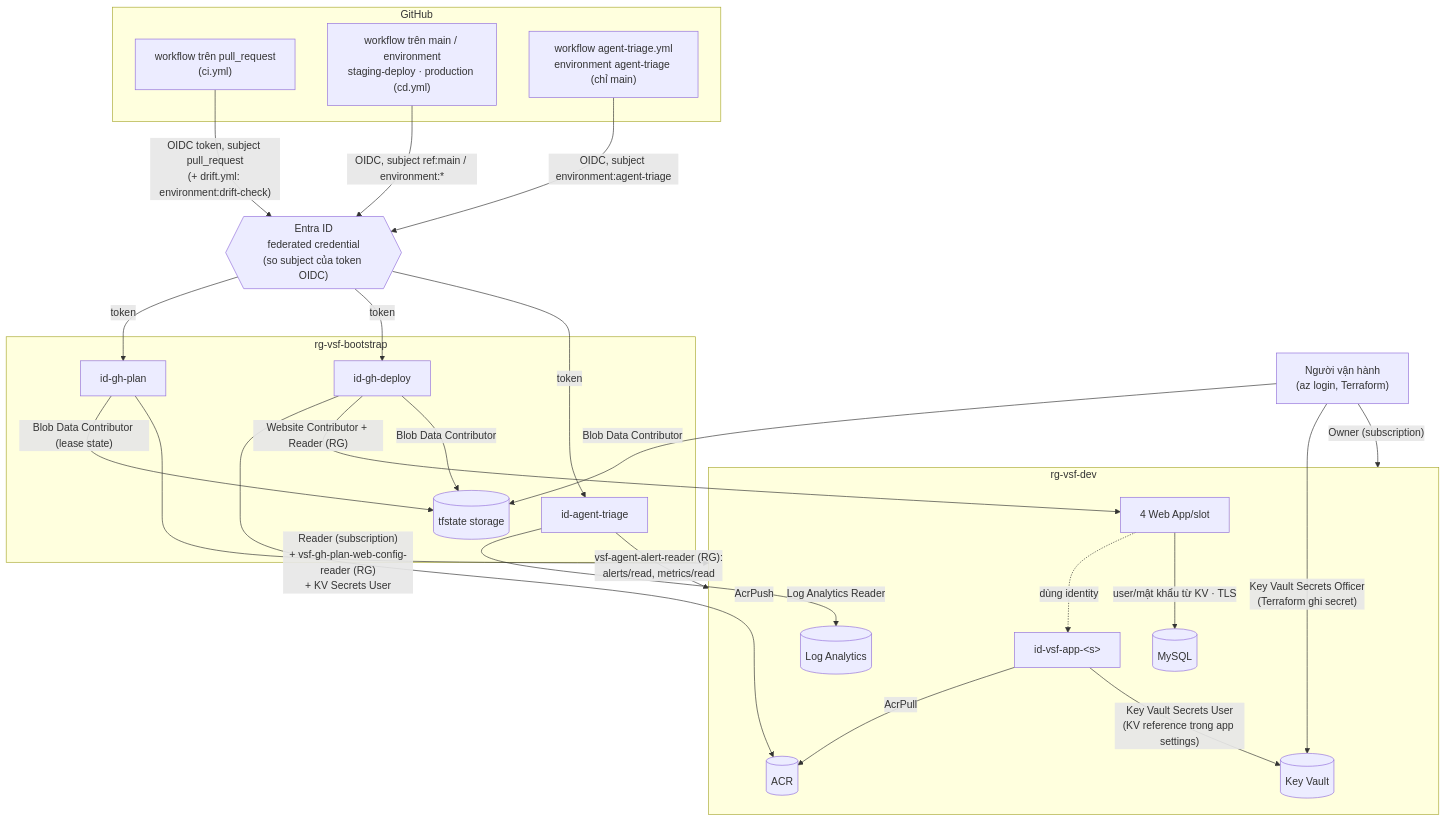
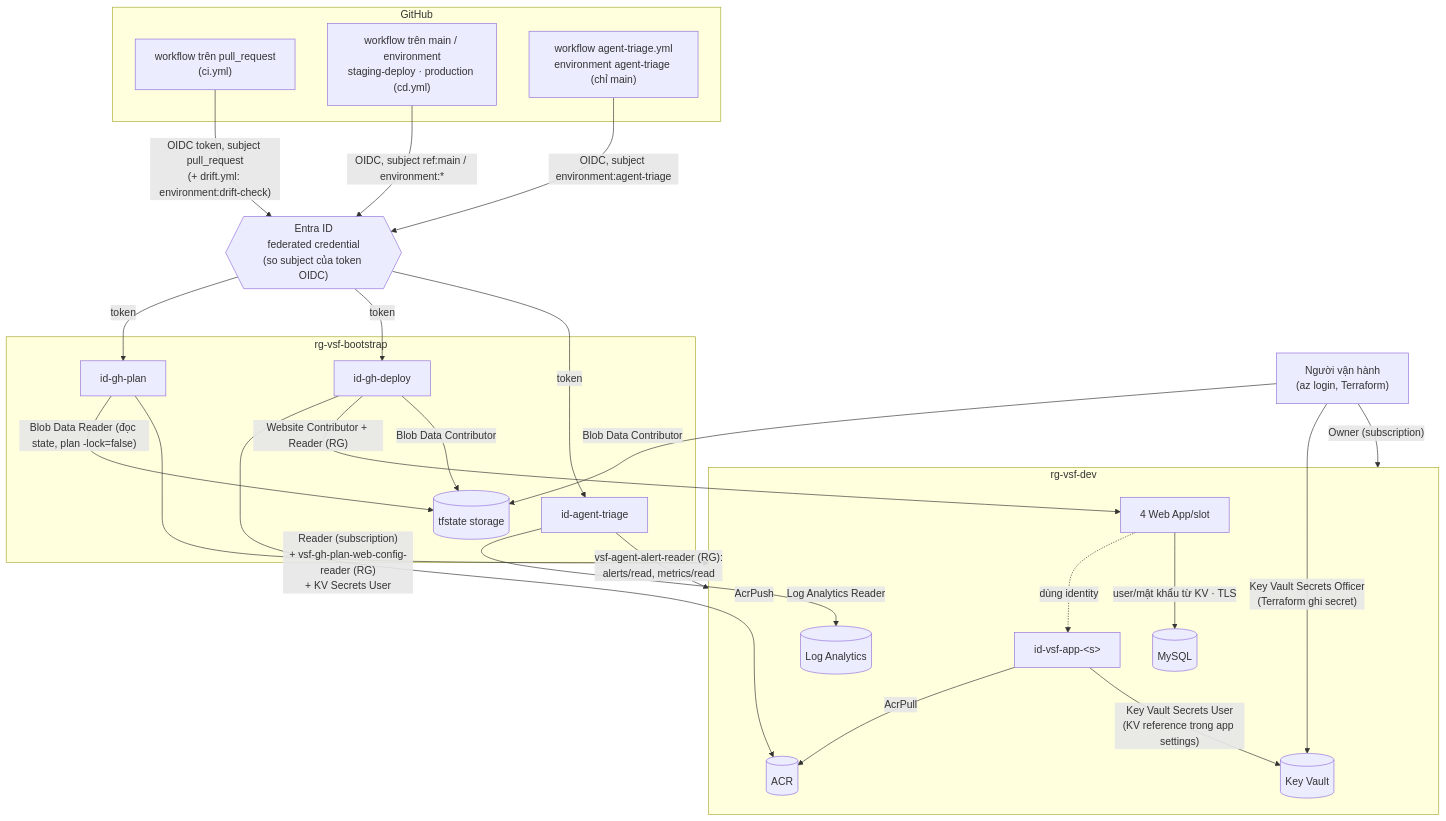
One commit to lam3082004/devops_vsf changed the second of 3 diagrams in architecture.md. Above: the diagram before and after it, drawn with Mermaid. The commit also changed other lines of this file and 4 other files, not shown here.

First line of the commit message:
fix(infra): id-gh-plan chỉ đọc state + plan -lock=false (review 30/09 #1) (#88)

````diff
--- a/architecture.md
+++ b/architecture.md
@@ -72,46 +72,46 @@
 ```mermaid
 flowchart TB
     subgraph GitHub
       PR["workflow trên pull_request<br/>(ci.yml)"]
       MAIN["workflow trên main / environment<br/>staging-deploy · production (cd.yml)"]
       AG["workflow agent-triage.yml<br/>environment agent-triage (chỉ main)"]
     end
     ENTRA{{"Entra ID<br/>federated credential<br/>(so subject của token OIDC)"}}
     subgraph Bootstrap["rg-vsf-bootstrap"]
       IPLAN["id-gh-plan"]
       IDEP["id-gh-deploy"]
       IAG["id-agent-triage"]
       ST[("tfstate storage")]
     end
     subgraph Dev["rg-vsf-dev"]
       MI["id-vsf-app-&lt;s&gt;"]
       APPS["4 Web App/slot"]
       ACR[("ACR")]
       KV[("Key Vault")]
       LAW[("Log Analytics")]
       DB[("MySQL")]
     end
     OP["Người vận hành<br/>(az login, Terraform)"]
 
     PR -- "OIDC token, subject pull_request<br/>(+ drift.yml: environment:drift-check)" --> ENTRA
     MAIN -- "OIDC, subject ref:main / environment:*" --> ENTRA
     AG -- "OIDC, subject environment:agent-triage" --> ENTRA
     ENTRA -- "token" --> IPLAN & IDEP & IAG
 
     IPLAN -- "Reader (subscription)<br/>+ vsf-gh-plan-web-config-reader (RG)<br/>+ KV Secrets User" --> Dev
-    IPLAN -- "Blob Data Contributor (lease state)" --> ST
+    IPLAN -- "Blob Data Reader (đọc state, plan -lock=false)" --> ST
     IDEP -- "AcrPush" --> ACR
     IDEP -- "Website Contributor + Reader (RG)" --> APPS
     IDEP -- "Blob Data Contributor" --> ST
     IAG -- "Log Analytics Reader" --> LAW
     IAG -- "vsf-agent-alert-reader (RG):<br/>alerts/read, metrics/read" --> Dev
 
     APPS -. "dùng identity" .-> MI
     MI -- "AcrPull" --> ACR
     MI -- "Key Vault Secrets User<br/>(KV reference trong app settings)" --> KV
     APPS -- "user/mật khẩu từ KV · TLS" --> DB
 
     OP -- "Owner (subscription)" --> Dev
     OP -- "Key Vault Secrets Officer<br/>(Terraform ghi secret)" --> KV
     OP -- "Blob Data Contributor" --> ST
 ```
````
